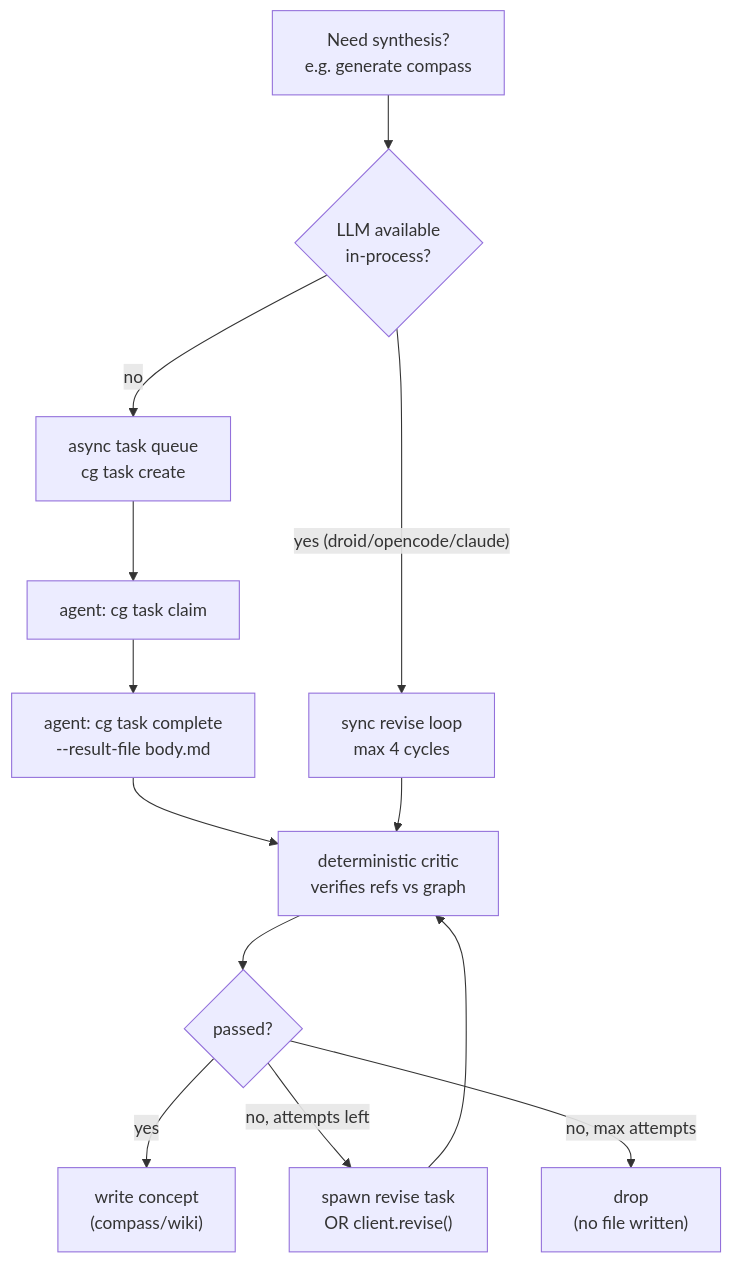
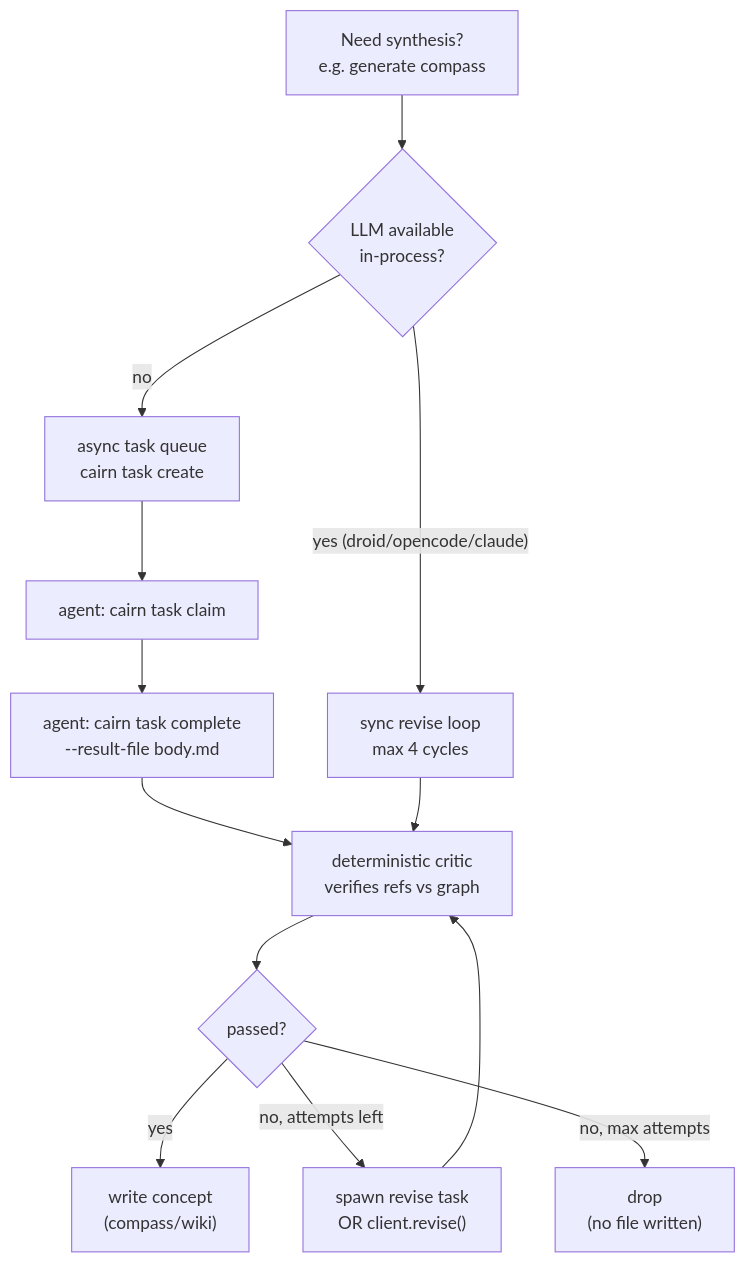
One commit to tanlnm512/cairn changed the eighth of 11 diagrams in docs/architecture-overview.md. Above: the diagram before and after it, drawn with Mermaid. The commit also changed other lines of this file and 76 other files, not shown here.

````diff
--- a/docs/architecture-overview.md
+++ b/docs/architecture-overview.md
@@ -282,16 +282,16 @@
 ```mermaid
 flowchart TB
     GEN["Need synthesis?<br/>e.g. generate compass"]
     GEN --> Q{LLM available<br/>in-process?}
     Q -- "yes (droid/opencode/claude)" --> LOOP["sync revise loop<br/>max 4 cycles"]
-    Q -- "no" --> TASK["async task queue<br/>cg task create"]
-    TASK --> CLAIM["agent: cg task claim"]
-    CLAIM --> COMP["agent: cg task complete<br/>--result-file body.md"]
+    Q -- "no" --> TASK["async task queue<br/>cairn task create"]
+    TASK --> CLAIM["agent: cairn task claim"]
+    CLAIM --> COMP["agent: cairn task complete<br/>--result-file body.md"]
     COMP --> CRITIC
     LOOP --> CRITIC["deterministic critic<br/>verifies refs vs graph"]
     CRITIC --> D{passed?}
     D -- "yes" --> WRITE["write concept<br/>(compass/wiki)"]
     D -- "no, attempts left" --> REVISE["spawn revise task<br/>OR client.revise()"]
     REVISE --> CRITIC
     D -- "no, max attempts" --> DROP["drop<br/>(no file written)"]
 ```
````
